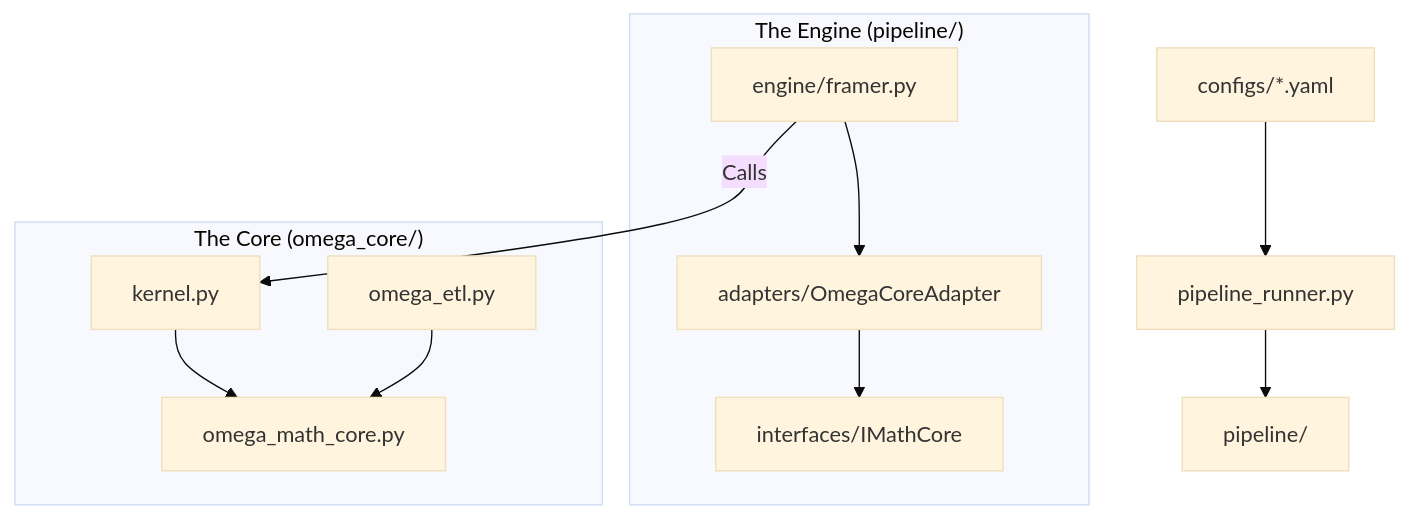
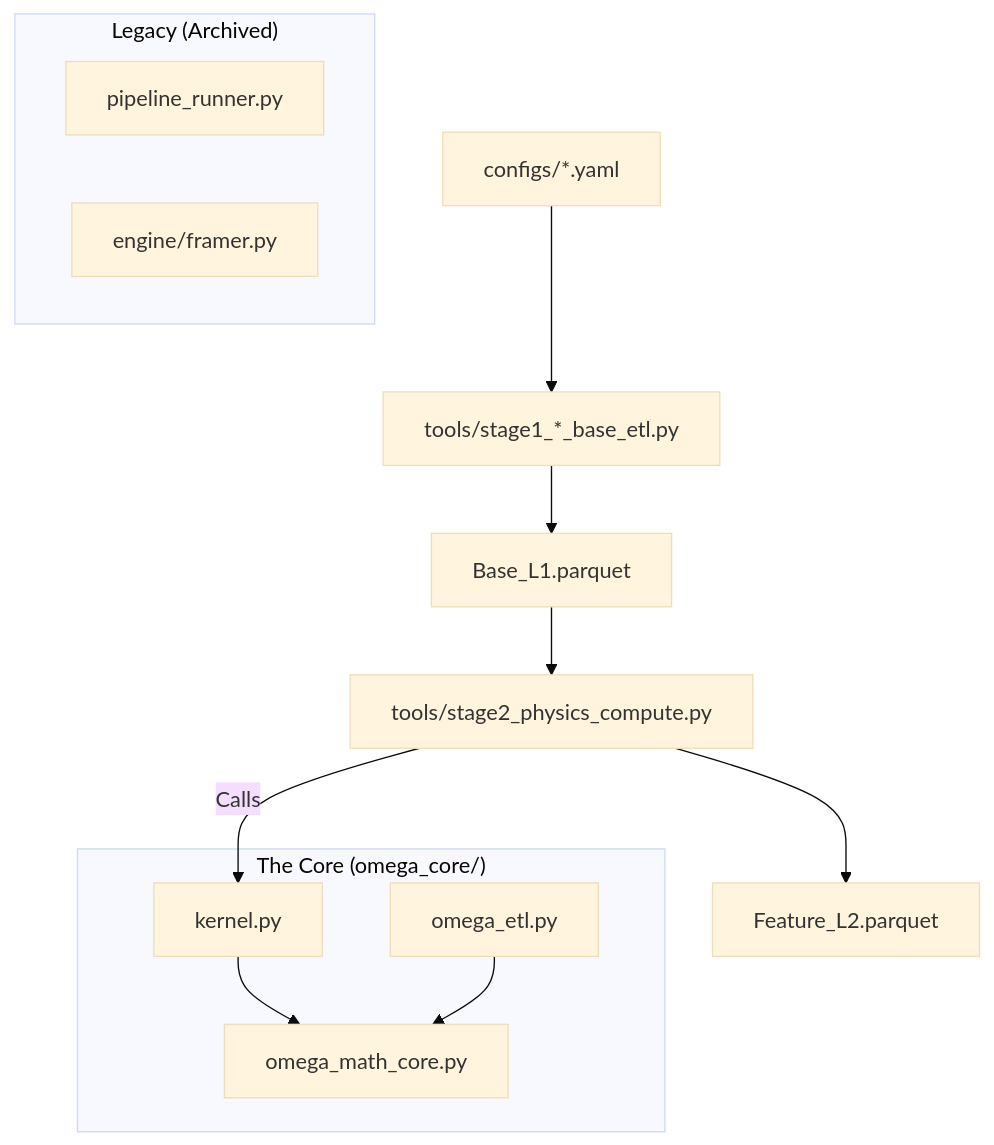
The diagram in README.md (gretjia/omega), drawn with Mermaid (base theme) before and after one commit. The commit also changed other lines of this file and 23 other files, not shown here.

````diff
--- a/README.md
+++ b/README.md
@@ -243,17 +242,19 @@
 ```mermaid
 graph TD
-    Config[configs/*.yaml] --> Runner[pipeline_runner.py]
-    Runner --> Pipeline[pipeline/]
+    Config[configs/*.yaml] --> Stage1[tools/stage1_*_base_etl.py]
+    Stage1 --> L1[Base_L1.parquet]
+    L1 --> Stage2[tools/stage2_physics_compute.py]
+    Stage2 --> L2[Feature_L2.parquet]
     
-    subgraph "The Engine (pipeline/)"
-        Adapter[adapters/OmegaCoreAdapter] --> Interface[interfaces/IMathCore]
-        Framer[engine/framer.py] --> Adapter
+    subgraph "Legacy (Archived)"
+        Runner[pipeline_runner.py]
+        Framer[engine/framer.py]
     end
     
     subgraph "The Core (omega_core/)"
         Kernel[kernel.py] --> Math[omega_math_core.py]
         ETL[omega_etl.py] --> Math
     end
-    
-    Framer -- Calls --> Kernel
+
+    Stage2 -- Calls --> Kernel
 ```
````
